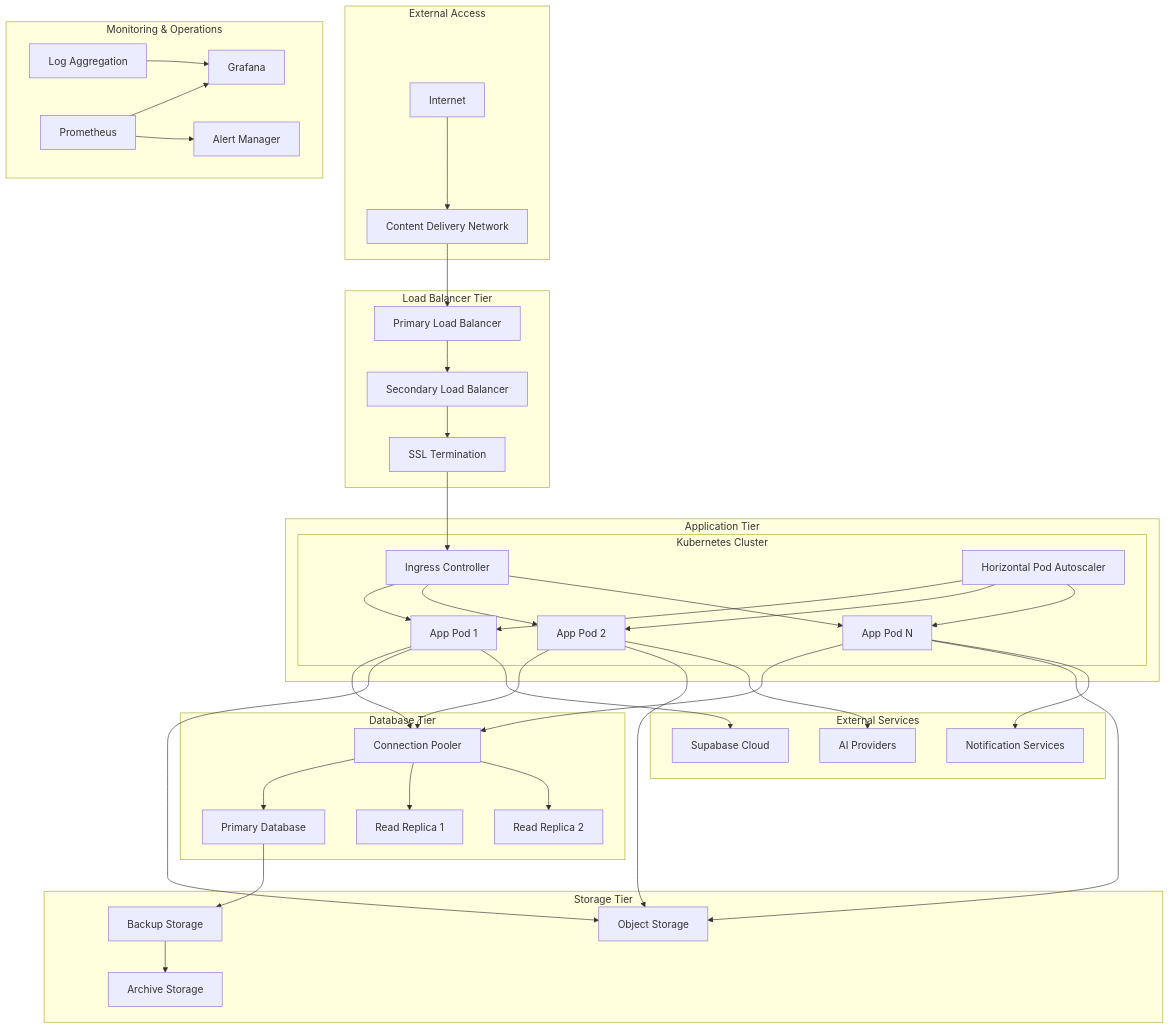
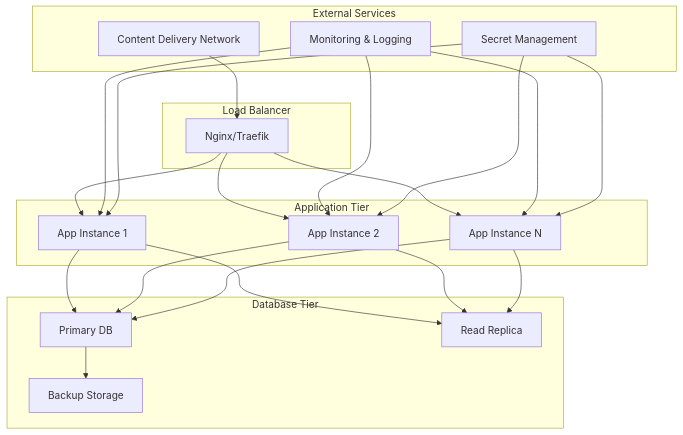
Before and after one commit to MRCORD/university-chatbot: diagram 17 of 21 in docs/system-architecture.md, drawn with Mermaid. The commit also changed other lines of this file, not shown here.

````diff
--- a/docs/system-architecture.md
+++ b/docs/system-architecture.md
@@ -1614,86 +749,47 @@
 ```mermaid
 graph TB
-    subgraph "External Access"
-        INTERNET[Internet]
-        CDN[Content Delivery Network]
-    end
-    
-    subgraph "Load Balancer Tier"
-        LB_PRIMARY[Primary Load Balancer]
-        LB_SECONDARY[Secondary Load Balancer]
-        SSL[SSL Termination]
+    subgraph "Load Balancer"
+        LB[Nginx/Traefik]
     end
     
     subgraph "Application Tier"
-        subgraph "Kubernetes Cluster"
-            APP1[App Pod 1]
-            APP2[App Pod 2]
-            APP3[App Pod N]
-            INGRESS[Ingress Controller]
-            HPA[Horizontal Pod Autoscaler]
-        end
+        APP1[App Instance 1]
+        APP2[App Instance 2]
+        APP3[App Instance N]
     end
     
     subgraph "Database Tier"
-        PRIMARY_DB[Primary Database]
-        REPLICA1[Read Replica 1]
-        REPLICA2[Read Replica 2]
-        PGBOUNCER[Connection Pooler]
-    end
-    
-    subgraph "Storage Tier"
-        OBJECT_STORAGE[Object Storage]
-        BACKUP_STORAGE[Backup Storage]
-        ARCHIVE[Archive Storage]
-    end
-    
-    subgraph "Monitoring & Operations"
-        PROMETHEUS[Prometheus]
-        GRAFANA[Grafana]
-        ALERTMANAGER[Alert Manager]
-        LOGS[Log Aggregation]
+        PRIMARY[Primary DB]
+        REPLICA[Read Replica]
+        BACKUP[Backup Storage]
     end
     
     subgraph "External Services"
-        SUPABASE_CLOUD[Supabase Cloud]
-        AI_PROVIDERS[AI Providers]
-        NOTIFICATION[Notification Services]
+        CDN[Content Delivery Network]
+        MONITORING[Monitoring & Logging]
+        SECRETS[Secret Management]
     end
     
-    INTERNET --> CDN
-    CDN --> LB_PRIMARY
-    LB_PRIMARY --> LB_SECONDARY
-    LB_SECONDARY --> SSL
-    SSL --> INGRESS
+    LB --> APP1
+    LB --> APP2
+    LB --> APP3
     
-    INGRESS --> APP1
-    INGRESS --> APP2
-    INGRESS --> APP3
+    APP1 --> PRIMARY
+    APP2 --> PRIMARY
+    APP3 --> PRIMARY
     
-    HPA --> APP1
-    HPA --> APP2
-    HPA --> APP3
+    APP1 --> REPLICA
+    APP2 --> REPLICA
+    APP3 --> REPLICA
     
-    APP1 --> PGBOUNCER
-    APP2 --> PGBOUNCER
-    APP3 --> PGBOUNCER
+    PRIMARY --> BACKUP
     
-    PGBOUNCER --> PRIMARY_DB
-    PGBOUNCER --> REPLICA1
-    PGBOUNCER --> REPLICA2
+    CDN --> LB
+    MONITORING --> APP1
+    MONITORING --> APP2
+    MONITORING --> APP3
     
-    PRIMARY_DB --> BACKUP_STORAGE
-    BACKUP_STORAGE --> ARCHIVE
-    
-    APP1 --> OBJECT_STORAGE
-    APP2 --> OBJECT_STORAGE
-    APP3 --> OBJECT_STORAGE
-    
-    APP1 --> SUPABASE_CLOUD
-    APP2 --> AI_PROVIDERS
-    APP3 --> NOTIFICATION
-    
-    PROMETHEUS --> GRAFANA
-    PROMETHEUS --> ALERTMANAGER
-    LOGS --> GRAFANA
+    SECRETS --> APP1
+    SECRETS --> APP2
+    SECRETS --> APP3
 ```
````
